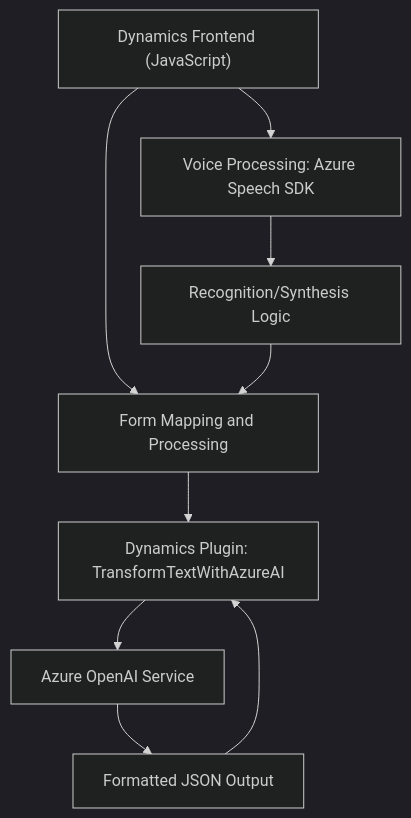
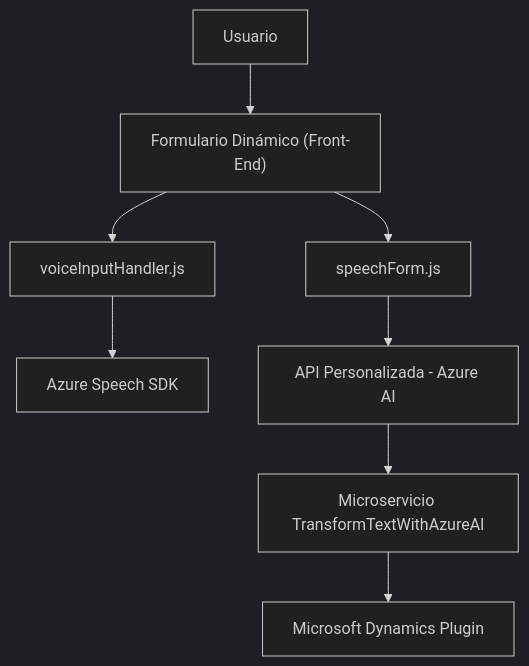
Before and after one commit to blopezdm/NETCORE_BILBAO2025: the diagram in README.md, drawn with Mermaid (dark theme). The commit also changed other lines of this file, not shown here.

````diff
--- a/README.md
+++ b/README.md
@@ -45,11 +33,10 @@
 ```mermaid
 graph TD
-    A["Dynamics Frontend (JavaScript)"] --> B["Voice Processing: Azure Speech SDK"]
-    A --> C["Form Mapping and Processing"]
-    C --> D["Dynamics Plugin: TransformTextWithAzureAI"]
-    D --> E["Azure OpenAI Service"]
-    B --> F["Recognition/Synthesis Logic"]
-    E --> G["Formatted JSON Output"]
-    F --> C
-    G --> D
+A["Usuario"] --> B["Formulario Dinámico (Front-End)"]
+B --> C["voiceInputHandler.js"]
+B --> D["speechForm.js"]
+C --> E["Azure Speech SDK"]
+D --> F["API Personalizada - Azure AI"]
+F --> G["Microservicio TransformTextWithAzureAI"]
+G --> H["Microsoft Dynamics Plugin"]
 ```
````
